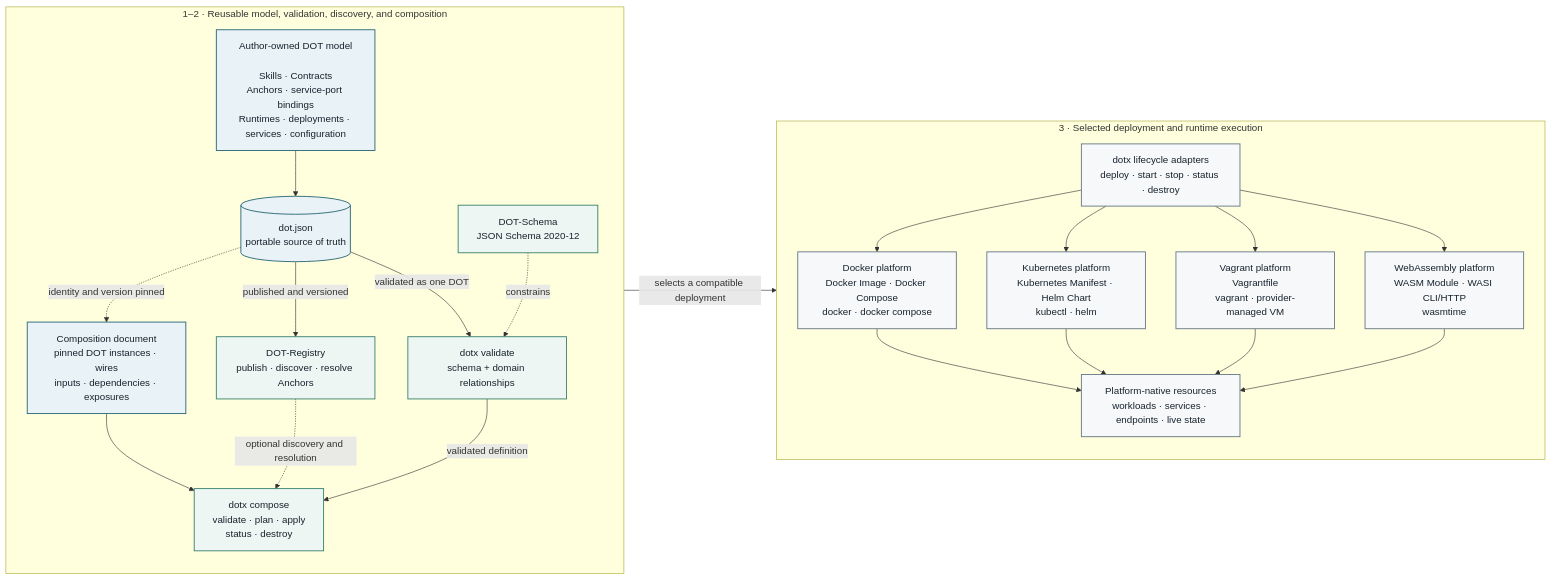
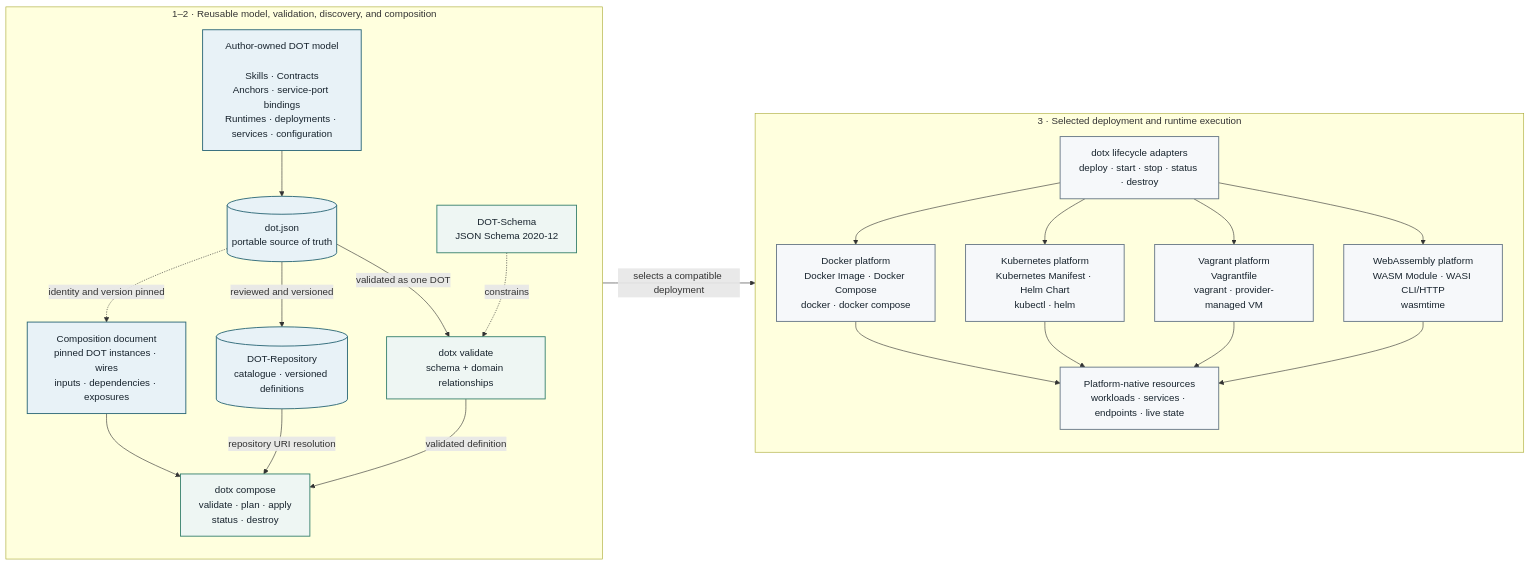
Before and after one commit to MARE-EU-Project/DOT-Docs: the diagram in DOT-Design/0.1.0/dot-design/_attachments/diagrams/dot-system-context.mmd, drawn with Mermaid. The commit also changed 23 other files, not shown here.

Commit message:
docs: publish MARE-EU-Project/DOT-Design@899e5585a16539c8b794f181d72516613da2b44f

```diff
--- a/DOT-Design/0.1.0/dot-design/_attachments/diagrams/dot-system-context.mmd
+++ b/DOT-Design/0.1.0/dot-design/_attachments/diagrams/dot-system-context.mmd
@@ -1,51 +1,52 @@
 flowchart LR
   accTitle: DOT-Design system context and supported runtime mappings
-  accDescr: DOT authors combine capabilities, contracts, anchors, service bindings, configuration, and runtime declarations in dot.json. DOT-Schema and dotx validate the reusable definition, DOT-Registry publishes and resolves it, and a separate composition pins instances and wires. The dotx lifecycle layer deploys Docker images, Docker Compose, Kubernetes manifests, Helm charts, Vagrantfiles, and SHA-256-pinned WebAssembly modules through Wasmtime and WASI.
+  accDescr: DOT authors combine capabilities, contracts, anchors, service bindings, configuration, and runtime declarations in dot.json. DOT-Schema and dotx validate the reusable definition, DOT-Repository versions it, and a separate composition pins instances and wires. The dotx lifecycle layer deploys Docker images, Docker Compose, Kubernetes manifests, Helm charts, Vagrantfiles, and SHA-256-pinned WebAssembly modules through Wasmtime and WASI.
 
   subgraph DesignTime["1–2 · Reusable model, validation, discovery, and composition"]
     direction TB
     Authored["Author-owned DOT model<br/><br/>Skills · Contracts<br/>Anchors · service-port bindings<br/>Runtimes · deployments · services · configuration"]
     Dot[("dot.json<br/>portable source of truth")]
     Authored --> Dot
 
     Schema["DOT-Schema<br/>JSON Schema 2020-12"] -.->|constrains| Validation["dotx validate<br/>schema + domain relationships"]
-    Registry["DOT-Registry<br/>publish · discover · resolve Anchors"]
+    Repository[("DOT-Repository<br/>catalogue · versioned definitions")]
     Document["Composition document<br/>pinned DOT instances · wires<br/>inputs · dependencies · exposures"]
     Compose["dotx compose<br/>validate · plan · apply<br/>status · destroy"]
 
     Dot -->|validated as one DOT| Validation
-    Dot -->|published and versioned| Registry
+    Dot -->|reviewed and versioned| Repository
     Dot -.->|identity and version pinned| Document
     Document --> Compose
     Validation -->|validated definition| Compose
-    Registry -.->|optional discovery and resolution| Compose
+    Repository -->|repository URI resolution| Compose
   end
 
   subgraph Execution["3 · Selected deployment and runtime execution"]
     direction TB
     Adapters["dotx lifecycle adapters<br/>deploy · start · stop · status · destroy"]
     Docker["Docker platform<br/>Docker Image · Docker Compose<br/>docker · docker compose"]
     Kubernetes["Kubernetes platform<br/>Kubernetes Manifest · Helm Chart<br/>kubectl · helm"]
     Vagrant["Vagrant platform<br/>Vagrantfile<br/>vagrant · provider-managed VM"]
     Wasm["WebAssembly platform<br/>WASM Module · WASI CLI/HTTP<br/>wasmtime"]
     Native["Platform-native resources<br/>workloads · services · endpoints · live state"]
 
     Adapters --> Docker
     Adapters --> Kubernetes
     Adapters --> Vagrant
     Adapters --> Wasm
     Docker --> Native
     Kubernetes --> Native
     Vagrant --> Native
     Wasm --> Native
   end
 
   DesignTime -->|selects a compatible deployment| Execution
 
   classDef artifact fill:#e8f2f7,stroke:#2b6777,color:#17232d,stroke-width:1.5px;
   classDef service fill:#eef6f3,stroke:#39826f,color:#17232d,stroke-width:1.5px;
   classDef runtime fill:#f6f8fa,stroke:#687887,color:#17232d,stroke-width:1.5px;
   classDef pending fill:#fff7d6,stroke:#b7791f,color:#3d2b0a,stroke-width:1.5px,stroke-dasharray:5 4;
   class Authored,Dot,Document artifact;
-  class Schema,Validation,Registry,Compose service;
+  class Schema,Validation,Compose service;
+  class Repository artifact;
   class Adapters,Docker,Kubernetes,Vagrant,Wasm,Native runtime;
```
